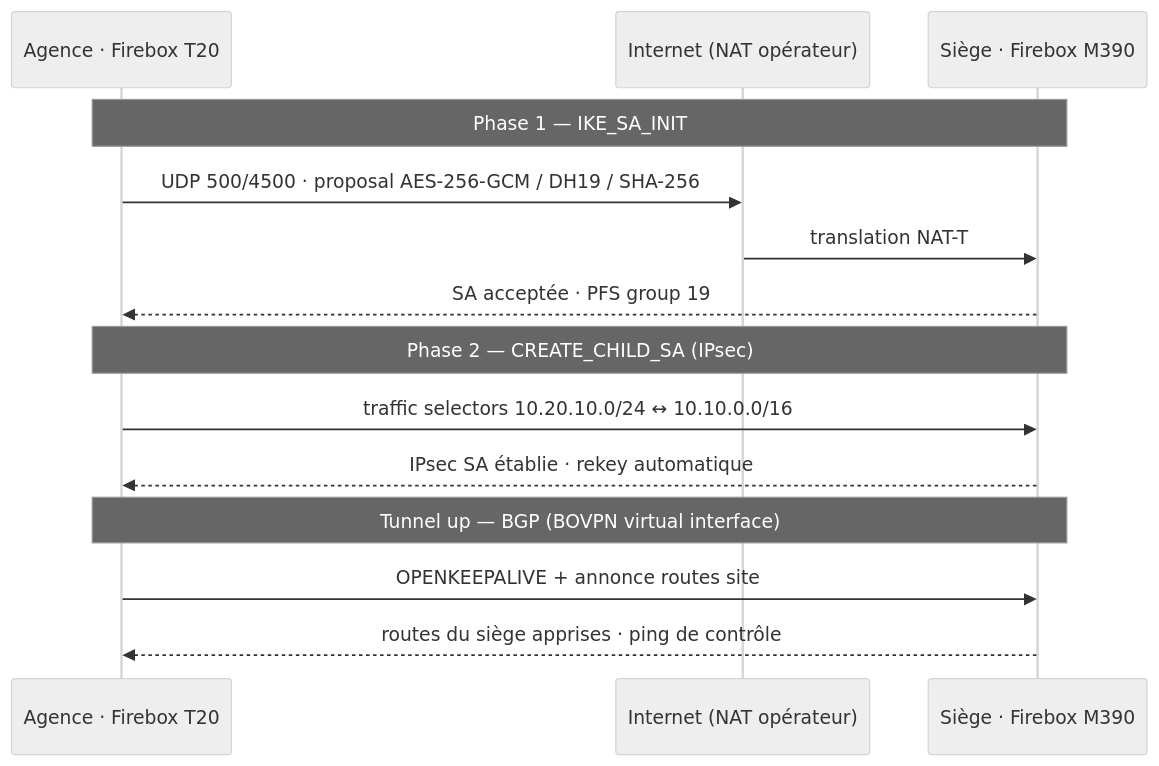
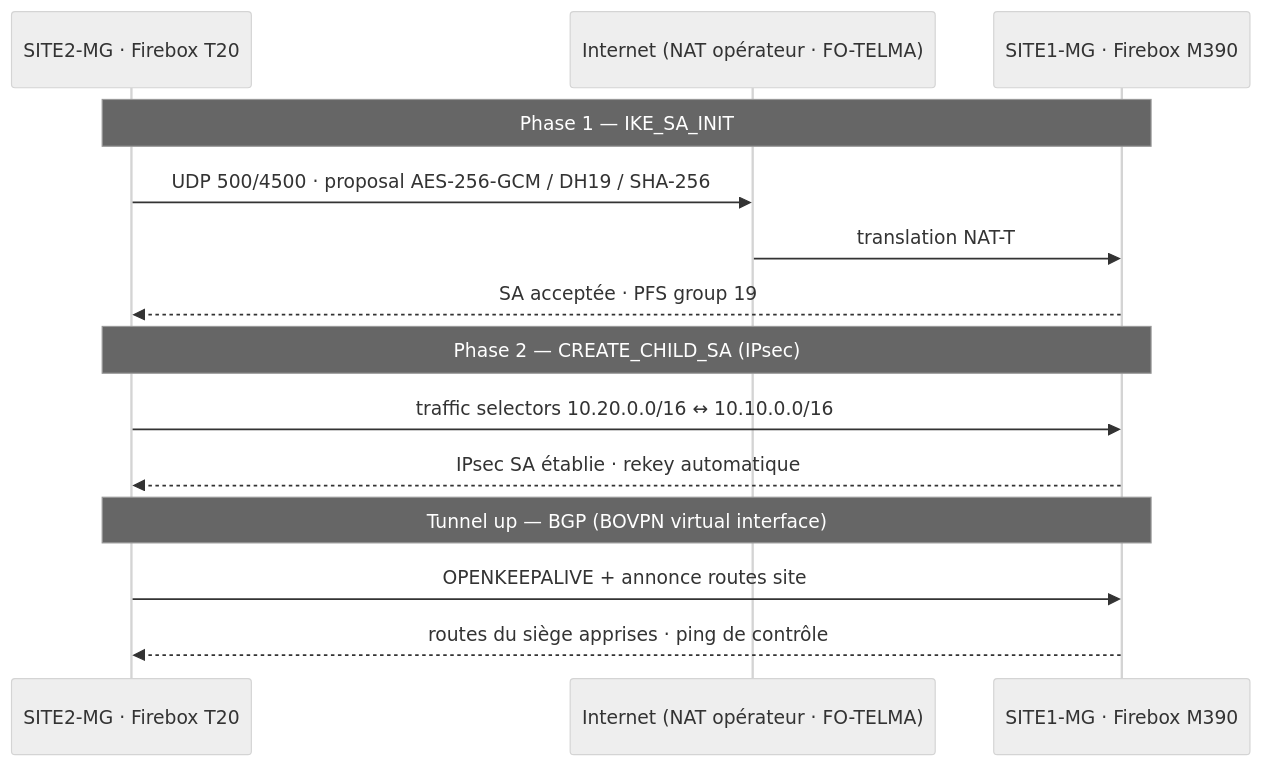
One commit to lenixras/watchguard_multi-site changed the second of 5 diagrams in README.md. Above: the diagram before and after it, drawn with Mermaid (neutral theme). The commit also changed other lines of this file and 2 other files, not shown here.

Commit message:
Rename sites to SITE1-MG/SITE2-MG/SITE3-MG/SITE4-MU with per-site ISP topology

````diff
--- a/README.md
+++ b/README.md
@@ -110,19 +136,19 @@
 ```mermaid
 sequenceDiagram
-    participant A as Agence · Firebox T20
-    participant I as Internet (NAT opérateur)
-    participant S as Siège · Firebox M390
+    participant A as SITE2-MG · Firebox T20
+    participant I as Internet (NAT opérateur · FO-TELMA)
+    participant S as SITE1-MG · Firebox M390
 
     Note over A,S: Phase 1 — IKE_SA_INIT
     A->>I: UDP 500/4500 · proposal AES-256-GCM / DH19 / SHA-256
     I->>S: translation NAT-T
     S-->>A: SA acceptée · PFS group 19
 
     Note over A,S: Phase 2 — CREATE_CHILD_SA (IPsec)
-    A->>S: traffic selectors 10.20.10.0/24 ↔ 10.10.0.0/16
+    A->>S: traffic selectors 10.20.0.0/16 ↔ 10.10.0.0/16
     S-->>A: IPsec SA établie · rekey automatique
 
     Note over A,S: Tunnel up — BGP (BOVPN virtual interface)
     A->>S: OPENKEEPALIVE + annonce routes site
     S-->>A: routes du siège apprises · ping de contrôle
 ```
````
